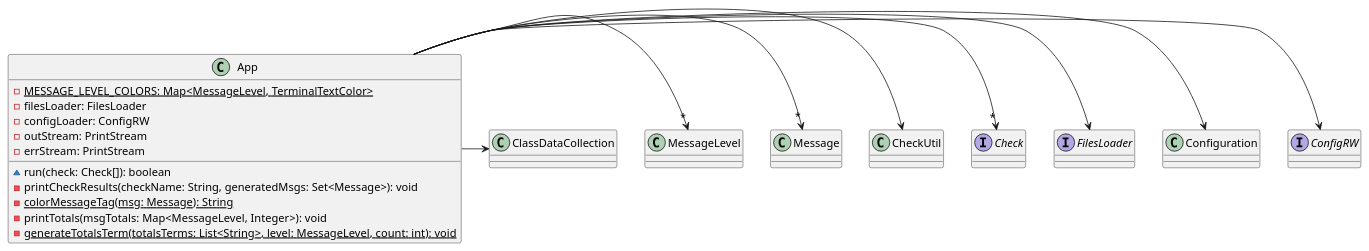
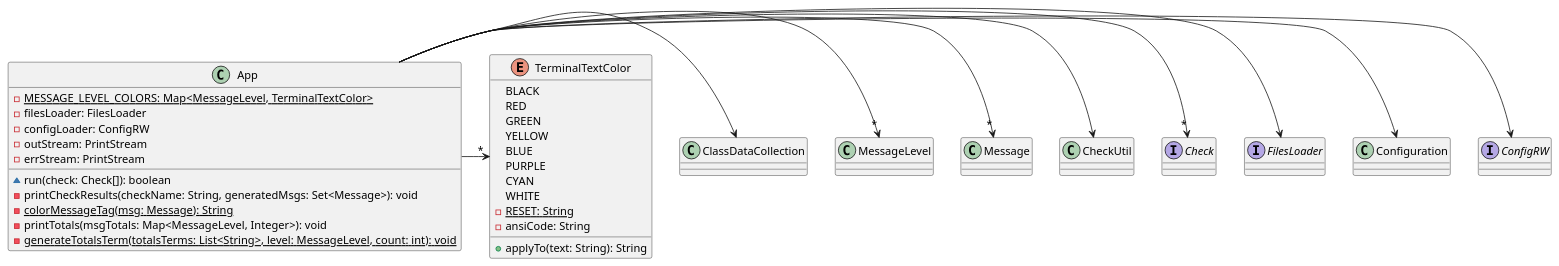
Before and after one commit to mkacct/csse375-project-2.1: the diagram in uml/classes.puml, drawn with PlantUML.

Commit message:
added class data for src/main/java/cli/TerminalTextColor

```diff
--- a/uml/classes.puml
+++ b/uml/classes.puml
@@ -1,47 +1,62 @@
 @startuml
 class App {
 -{static} MESSAGE_LEVEL_COLORS: Map<MessageLevel, TerminalTextColor>
 -filesLoader: FilesLoader
 -configLoader: ConfigRW
 -outStream: PrintStream
 -errStream: PrintStream
 ~run(check: Check[]): boolean
 -printCheckResults(checkName: String, generatedMsgs: Set<Message>): void
 -{static} colorMessageTag(msg: Message): String
 -printTotals(msgTotals: Map<MessageLevel, Integer>): void
 -{static} generateTotalsTerm(totalsTerms: List<String>, level: MessageLevel, count: int): void
 }
 
 interface ConfigRW {
 }
 
 class Configuration {
 }
 
 interface FilesLoader {
 }
 
 interface Check {
 }
 
 class CheckUtil {
 }
 
 class Message {
 }
 
 class MessageLevel {
 }
 
 class ClassDataCollection {
 }
 
+enum TerminalTextColor {
+BLACK
+RED
+GREEN
+YELLOW
+BLUE
+PURPLE
+CYAN
+WHITE
+-{static} RESET: String
+-ansiCode: String
++applyTo(text: String): String
+}
+
 App -> ConfigRW
 App -> Configuration
 App -> FilesLoader
 App ->"*" Check
 App -> CheckUtil
 App ->"*" Message
 App ->"*" MessageLevel
 App -> ClassDataCollection
+App ->"*" TerminalTextColor
 @enduml
```
